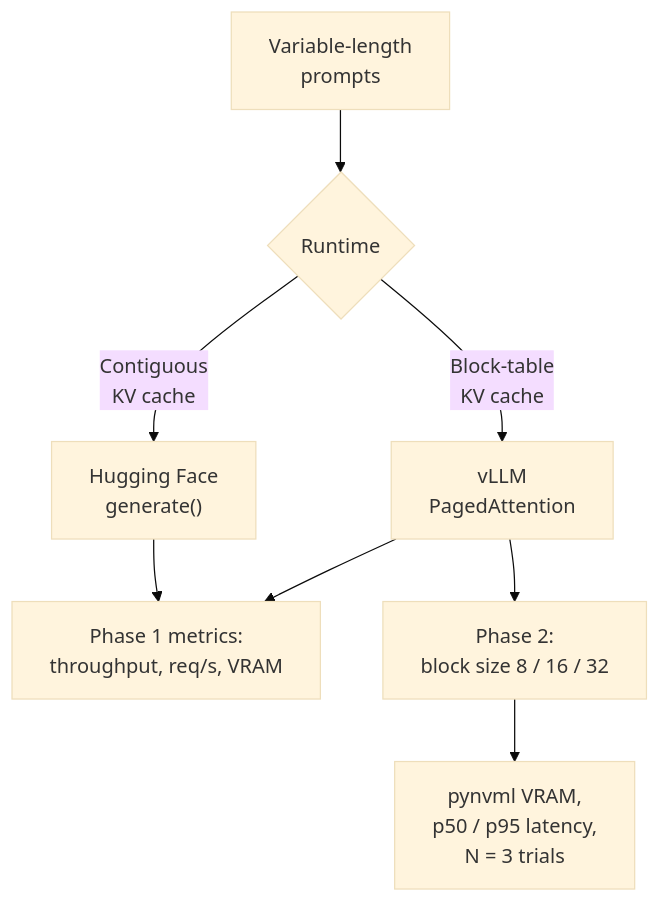
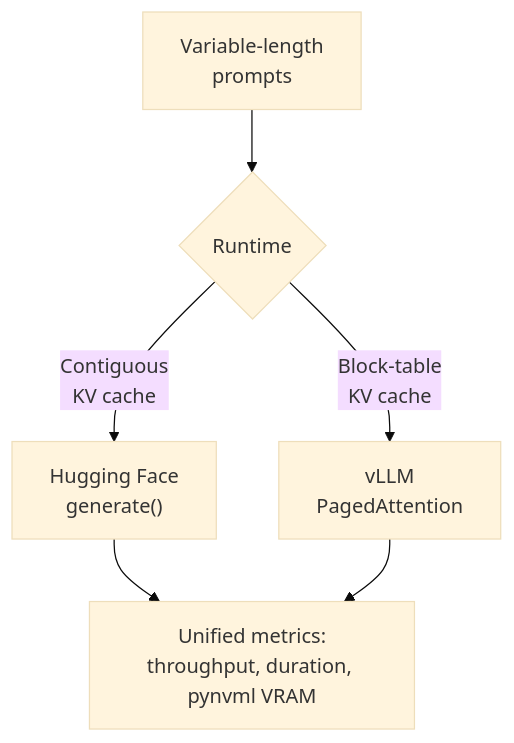
One commit to adriennie/vllm-pagedattention-benchmark changed the diagram in readme.md. Above: the diagram before and after it, drawn with Mermaid (base theme). The commit also changed other lines of this file, not shown here.

````diff
--- a/readme.md
+++ b/readme.md
@@ -47,10 +47,8 @@
 ```mermaid
 flowchart TD
     A["Variable-length<br/>prompts"] --> B{"Runtime"}
     B -->|"Contiguous<br/>KV cache"| C["Hugging Face<br/>generate()"]
     B -->|"Block-table<br/>KV cache"| D["vLLM<br/>PagedAttention"]
-    C --> E["Phase 1 metrics:<br/>throughput, req/s, VRAM"]
+    C --> E["Unified metrics:<br/>throughput, duration, pynvml VRAM"]
     D --> E
-    D --> F["Phase 2:<br/>block size 8 / 16 / 32"]
-    F --> G["pynvml VRAM,<br/>p50 / p95 latency,<br/>N = 3 trials"]
 ```
````
